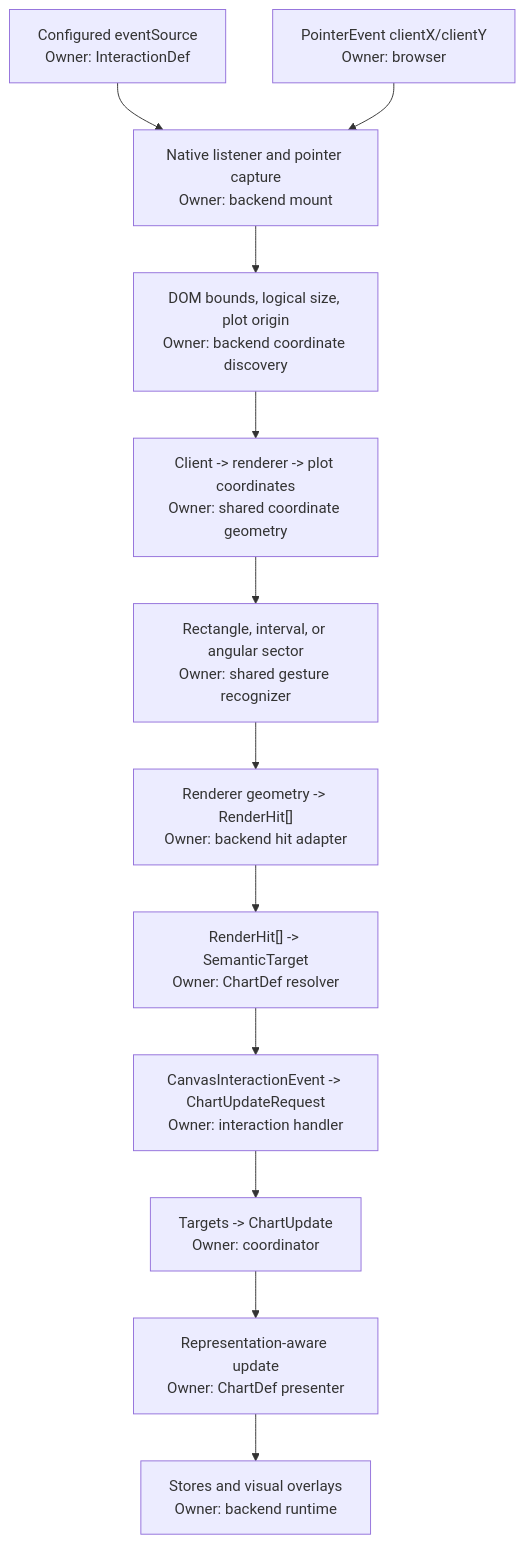
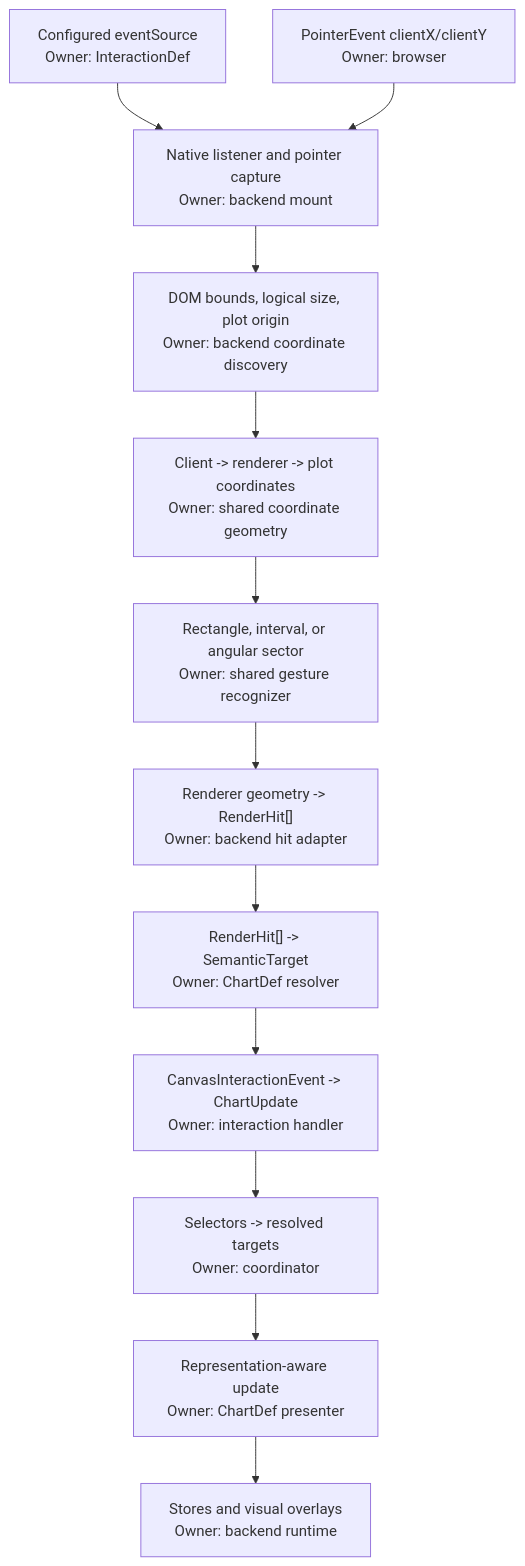
One commit to microsoft/flint-chart changed the fifth of 5 diagrams in packages/flint-js/src/interactive/README.md. Above: the diagram before and after it, drawn with Mermaid. The commit also changed other lines of this file and 90 other files, not shown here.

````diff
--- a/packages/flint-js/src/interactive/README.md
+++ b/packages/flint-js/src/interactive/README.md
@@ -576,15 +591,15 @@
 ```mermaid
 flowchart TD
     Source["Configured eventSource<br/>Owner: InteractionDef"] --> Capture
     Pointer["PointerEvent clientX/clientY<br/>Owner: browser"] --> Capture
     Capture["Native listener and pointer capture<br/>Owner: backend mount"] --> Measure
     Measure["DOM bounds, logical size, plot origin<br/>Owner: backend coordinate discovery"] --> Convert
     Convert["Client -> renderer -> plot coordinates<br/>Owner: shared coordinate geometry"] --> Gesture
     Gesture["Rectangle, interval, or angular sector<br/>Owner: shared gesture recognizer"] --> Hits
     Hits["Renderer geometry -> RenderHit[]<br/>Owner: backend hit adapter"] --> Resolve
     Resolve["RenderHit[] -> SemanticTarget<br/>Owner: ChartDef resolver"] --> Handler
-    Handler["CanvasInteractionEvent -> ChartUpdateRequest<br/>Owner: interaction handler"] --> ResolveUpdate
-    ResolveUpdate["Targets -> ChartUpdate<br/>Owner: coordinator"] --> Present
+    Handler["CanvasInteractionEvent -> ChartUpdate<br/>Owner: interaction handler"] --> ResolveUpdate
+    ResolveUpdate["Selectors -> resolved targets<br/>Owner: coordinator"] --> Present
     Present["Representation-aware update<br/>Owner: ChartDef presenter"] --> Apply
     Apply["Stores and visual overlays<br/>Owner: backend runtime"]
 ```
````
